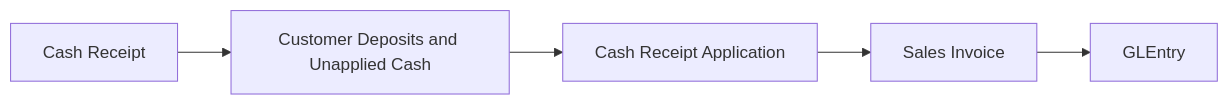
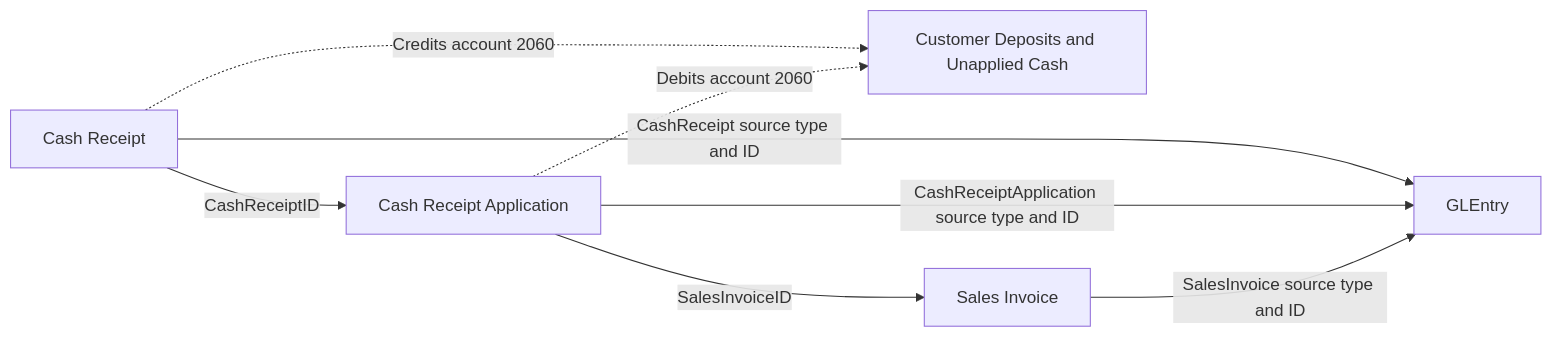
The fifth of 8 diagrams in docs/processes/o2c.md (mmcodesso/CharlesRiver_Database), drawn with Mermaid before and after one commit. The commit also changed other lines of this file and 66 other files, not shown here.

````diff
--- a/docs/processes/o2c.md
+++ b/docs/processes/o2c.md
@@ -328,12 +332,18 @@
 ```mermaid
 flowchart LR
     accTitle: Receipt to unapplied money and invoice application
-    accDescr: Cash receipt increases unapplied customer money, which an application allocates to a sales invoice and ledger detail.
+    accDescr: Solid labeled arrows identify receipt and invoice keys or independent posting sources. Dashed links explain the unapplied-cash account effect rather than a stored join.
     CR[Cash Receipt]
     DEP[Customer Deposits and Unapplied Cash]
     CRA[Cash Receipt Application]
     SI[Sales Invoice]
     GL[GLEntry]
 
-    CR --> DEP --> CRA --> SI --> GL
+    CR -->|CashReceiptID| CRA
+    CRA -->|SalesInvoiceID| SI
+    CR -->|CashReceipt source type and ID| GL
+    CRA -->|CashReceiptApplication source type and ID| GL
+    SI -->|SalesInvoice source type and ID| GL
+    CR -. Credits account 2060 .-> DEP
+    CRA -. Debits account 2060 .-> DEP
 ```
````
